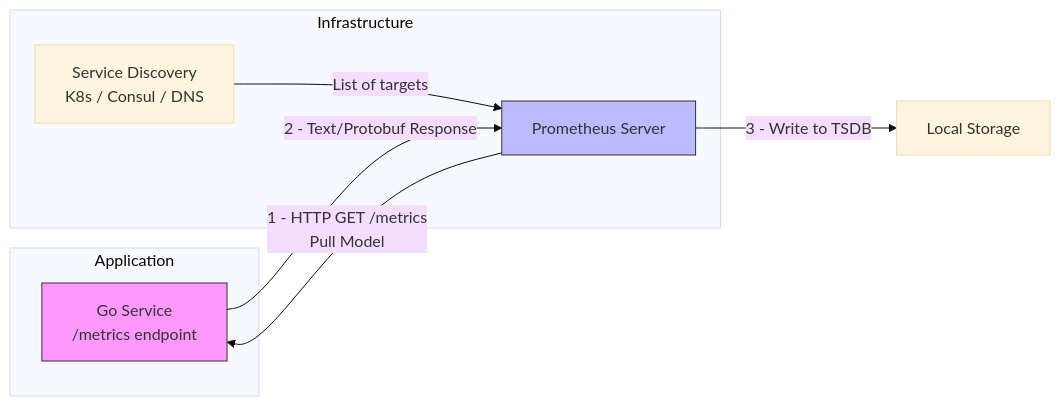
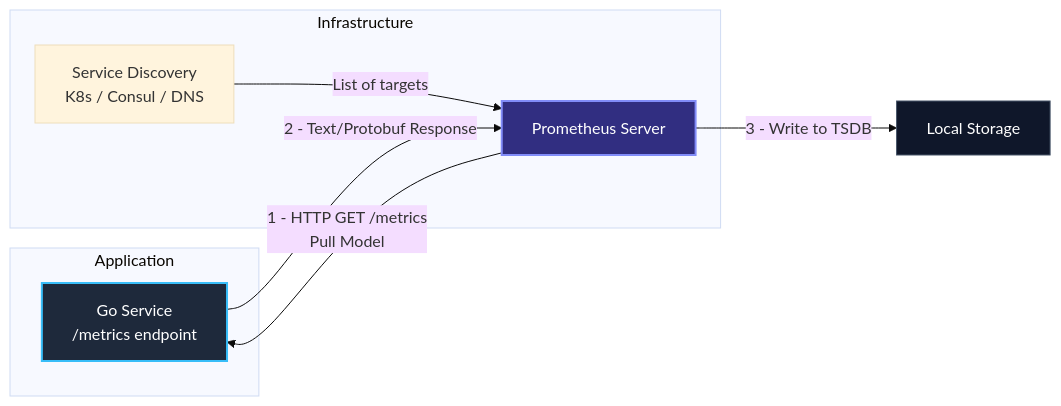
Before and after one commit to UnrealTemplier/go-textbook: the first of 2 diagrams in sources/18. Observability (Мониторинг и наблюдаемость)/02. Метрики/2. Prometheus. Основы.md, drawn with Mermaid (base theme). The commit also changed other lines of this file, not shown here.

````diff
--- a/sources/18. Observability (Мониторинг и наблюдаемость)/02. Метрики/2. Prometheus. Основы.md
+++ b/sources/18. Observability (Мониторинг и наблюдаемость)/02. Метрики/2. Prometheus. Основы.md
@@ -20,19 +35,20 @@
 ```mermaid
 flowchart LR
     subgraph A["Application"]
         A1["Go Service<br>/metrics endpoint"]
     end
 
     subgraph B["Infrastructure"]
         B1["Prometheus Server"]
         B2["Service Discovery<br>K8s / Consul / DNS"]
     end
 
     B2 -->|"List of targets"| B1
     B1 -->|"1 - HTTP GET /metrics<br>Pull Model"| A1
     A1 -->|"2 - Text/Protobuf Response"| B1
     B1 -->|"3 - Write to TSDB"| B3["Local Storage"]
 
-    style A1 fill:#f9f,stroke:#333
-    style B1 fill:#bbf,stroke:#333
+    style A1 fill:#1e293b,stroke:#38bdf8,stroke-width:2px,color:#fff
+    style B1 fill:#312e81,stroke:#818cf8,stroke-width:2px,color:#fff
+    style B3 fill:#0f172a,stroke:#475569,stroke-width:1px,color:#fff
 ```
````
